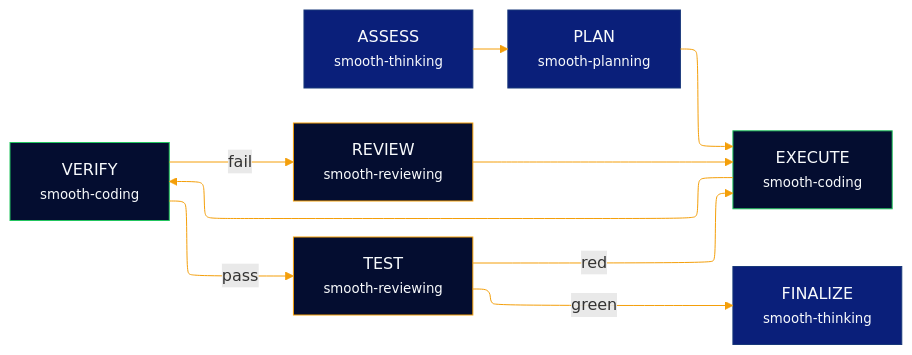
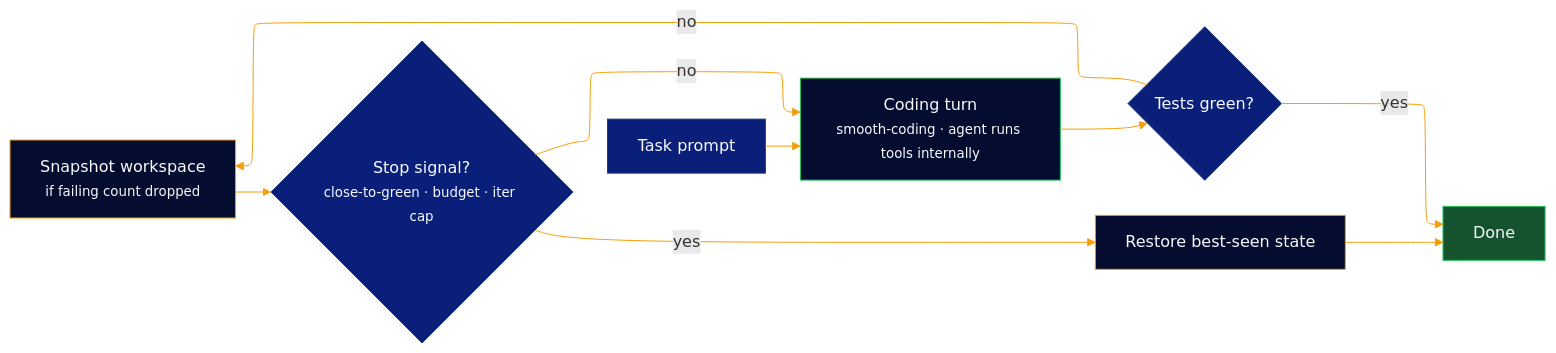
Before and after one commit to SmooAI/smooth: the first of 5 diagrams in README.md, drawn with Mermaid. The commit also changed other lines of this file, not shown here.

First line of the commit message:
docs: refresh README — single-agent loop, slot table, llm.smoo.ai

````diff
--- a/README.md
+++ b/README.md
@@ -75,28 +82,28 @@
 ```mermaid
 %%{init: {"flowchart": {"defaultRenderer": "elk"}, "themeVariables": {"lineColor": "#f49f0a"}}}%%
 flowchart LR
-    ASSESS["ASSESS<br/><small>smooth-thinking</small>"]
-    PLAN["PLAN<br/><small>smooth-planning</small>"]
-    EXECUTE["EXECUTE<br/><small>smooth-coding</small>"]
-    VERIFY["VERIFY<br/><small>smooth-coding</small>"]
-    REVIEW["REVIEW<br/><small>smooth-reviewing</small>"]
-    TEST["TEST<br/><small>smooth-reviewing</small>"]
-    FINALIZE["FINALIZE<br/><small>smooth-thinking</small>"]
+    START["Task prompt"]
+    TURN["Coding turn<br/><small>smooth-coding · agent runs tools internally</small>"]
+    GREEN{"Tests green?"}
+    SNAP["Snapshot workspace<br/><small>if failing count dropped</small>"]
+    STOP{"Stop signal?<br/><small>close-to-green · budget · iter cap</small>"}
+    DONE["Done"]
+    RESTORE["Restore best-seen state"]
 
-    ASSESS --> PLAN
-    PLAN --> EXECUTE
-    EXECUTE --> VERIFY
-    VERIFY -- fail --> REVIEW
-    REVIEW --> EXECUTE
-    VERIFY -- pass --> TEST
-    TEST -- red --> EXECUTE
-    TEST -- green --> FINALIZE
+    START --> TURN
+    TURN --> GREEN
+    GREEN -- yes --> DONE
+    GREEN -- no --> SNAP
+    SNAP --> STOP
+    STOP -- no --> TURN
+    STOP -- yes --> RESTORE
+    RESTORE --> DONE
 
-    style ASSESS fill:#0a1f7a,stroke:#18387a,color:#f8fafc
-    style PLAN fill:#0a1f7a,stroke:#18387a,color:#f8fafc
-    style EXECUTE fill:#040d30,stroke:#22c55e,color:#f8fafc
-    style VERIFY fill:#040d30,stroke:#22c55e,color:#f8fafc
-    style REVIEW fill:#040d30,stroke:#f49f0a,color:#f8fafc
-    style TEST fill:#040d30,stroke:#f49f0a,color:#f8fafc
-    style FINALIZE fill:#0a1f7a,stroke:#18387a,color:#f8fafc
+    style START fill:#0a1f7a,stroke:#18387a,color:#f8fafc
+    style TURN fill:#040d30,stroke:#22c55e,color:#f8fafc
+    style SNAP fill:#040d30,stroke:#f49f0a,color:#f8fafc
+    style GREEN fill:#0a1f7a,stroke:#18387a,color:#f8fafc
+    style STOP fill:#0a1f7a,stroke:#18387a,color:#f8fafc
+    style RESTORE fill:#040d30,stroke:#f49f0a,color:#f8fafc
+    style DONE fill:#14532d,stroke:#22c55e,color:#f8fafc
 ```
````
